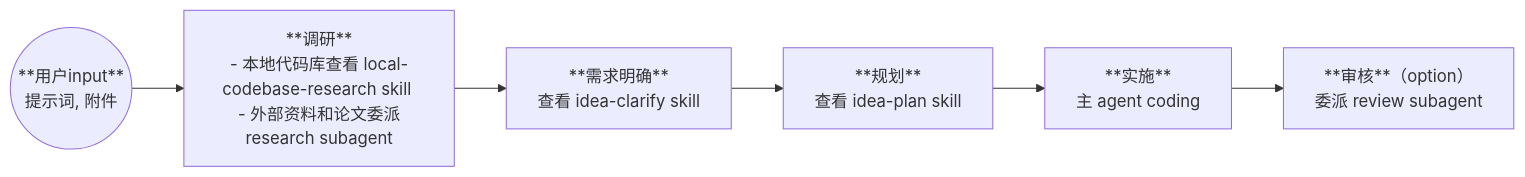
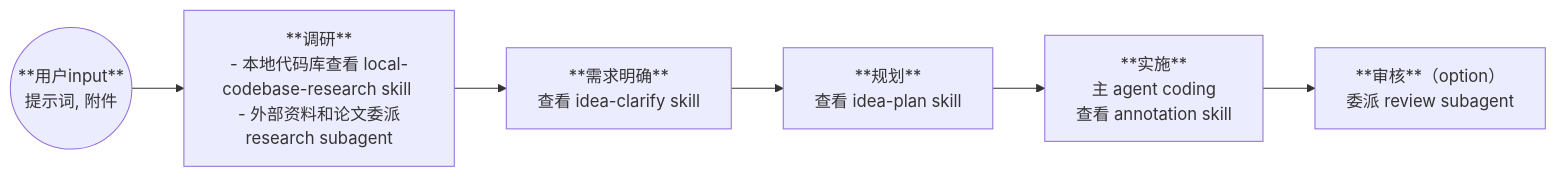
The diagram in workflows/idea-assistant.md (riemac/vibe), drawn with Mermaid before and after one commit. The commit also changed other lines of this file and 9 other files, not shown here.

````diff
--- a/workflows/idea-assistant.md
+++ b/workflows/idea-assistant.md
@@ -9,8 +9,8 @@
 ```mermaid
 graph LR
     A((**用户input**<br>提示词, 附件)) --> B[**调研**<br>- 本地代码库查看 local-codebase-research skill <br> - 外部资料和论文委派 research subagent]
     B --> C[**需求明确**<br>查看 idea-clarify skill]
     C --> D[**规划**<br>查看 idea-plan skill]
-    D --> E[**实施**<br>主 agent coding]
+    D --> E[**实施**<br>主 agent coding <br>查看 annotation skill]
     E --> F[**审核**（option）<br>委派 review subagent]
 ```
````
